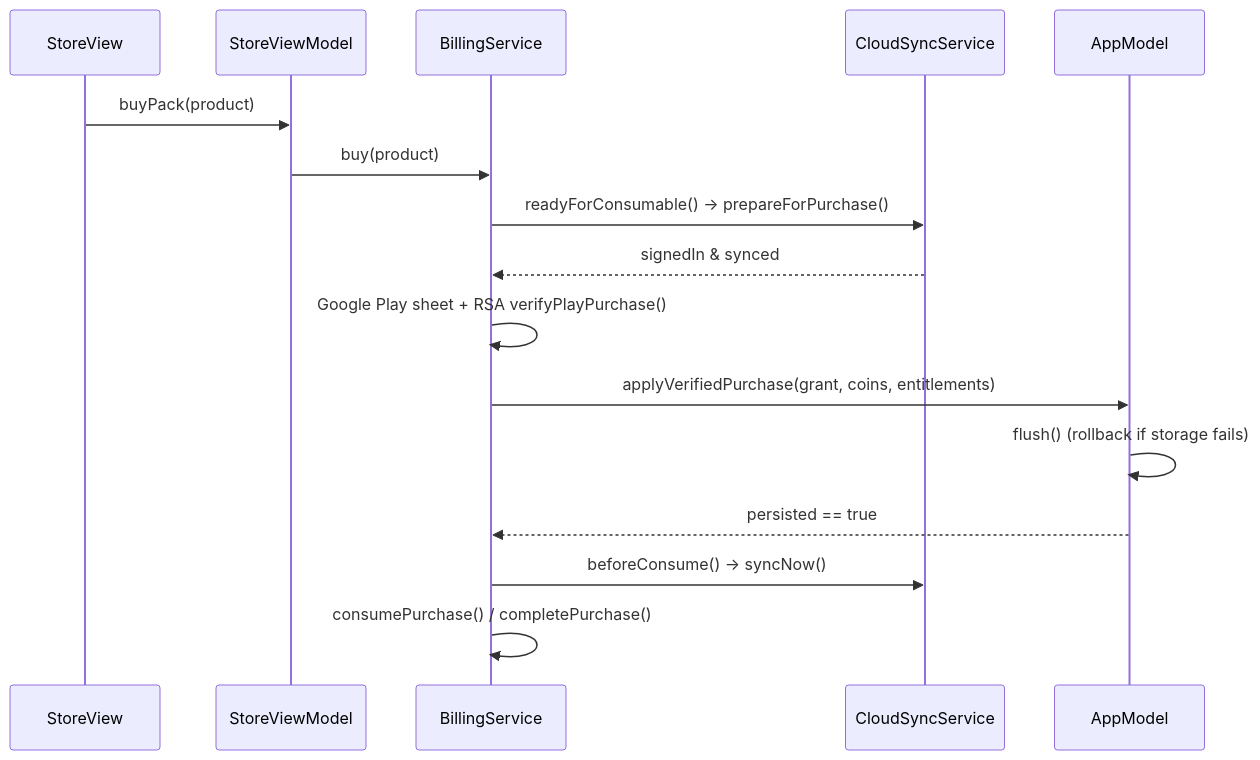
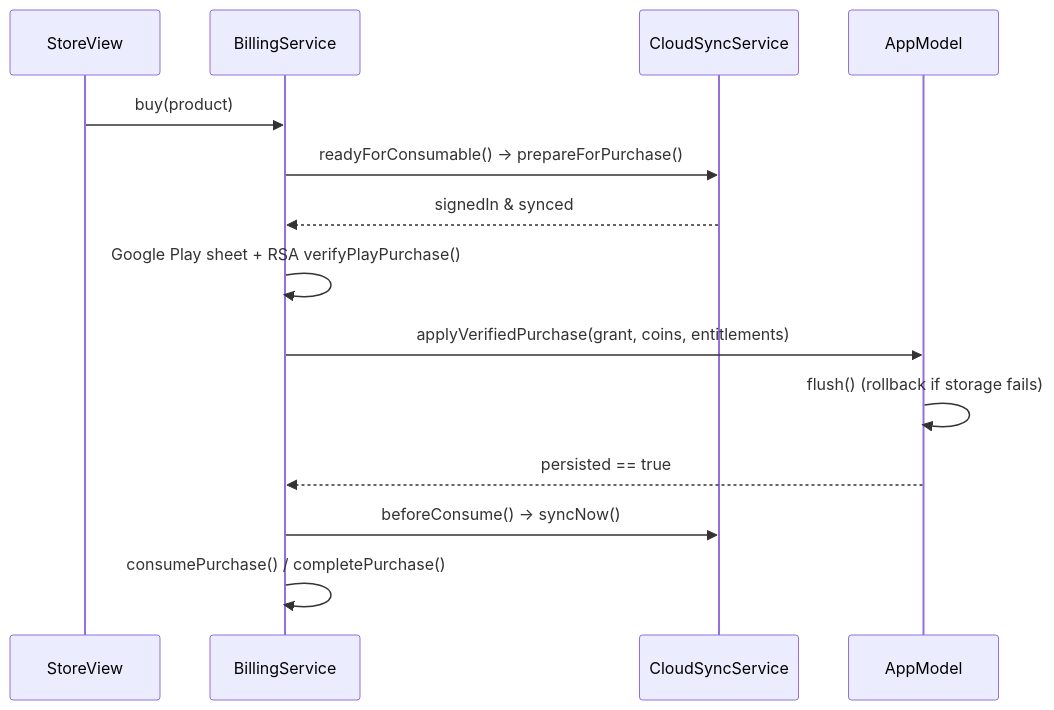
Before and after one commit to Tabletop-Games/Pathwise: the fourth of 6 diagrams in docs/architecture.md, drawn with Mermaid. The commit also changed other lines of this file and 5 other files, not shown here.

````diff
--- a/docs/architecture.md
+++ b/docs/architecture.md
@@ -96,19 +96,17 @@
 ```mermaid
 sequenceDiagram
     participant V as StoreView
-    participant VM as StoreViewModel
     participant BS as BillingService
     participant CS as CloudSyncService
     participant AM as AppModel
 
-    V->>VM: buyPack(product)
-    VM->>BS: buy(product)
+    V->>BS: buy(product)
     BS->>CS: readyForConsumable() -> prepareForPurchase()
     CS-->>BS: signedIn & synced
     BS->>BS: Google Play sheet + RSA verifyPlayPurchase()
     BS->>AM: applyVerifiedPurchase(grant, coins, entitlements)
     AM->>AM: flush() (rollback if storage fails)
     AM-->>BS: persisted == true
     BS->>CS: beforeConsume() -> syncNow()
     BS->>BS: consumePurchase() / completePurchase()
 ```
````
